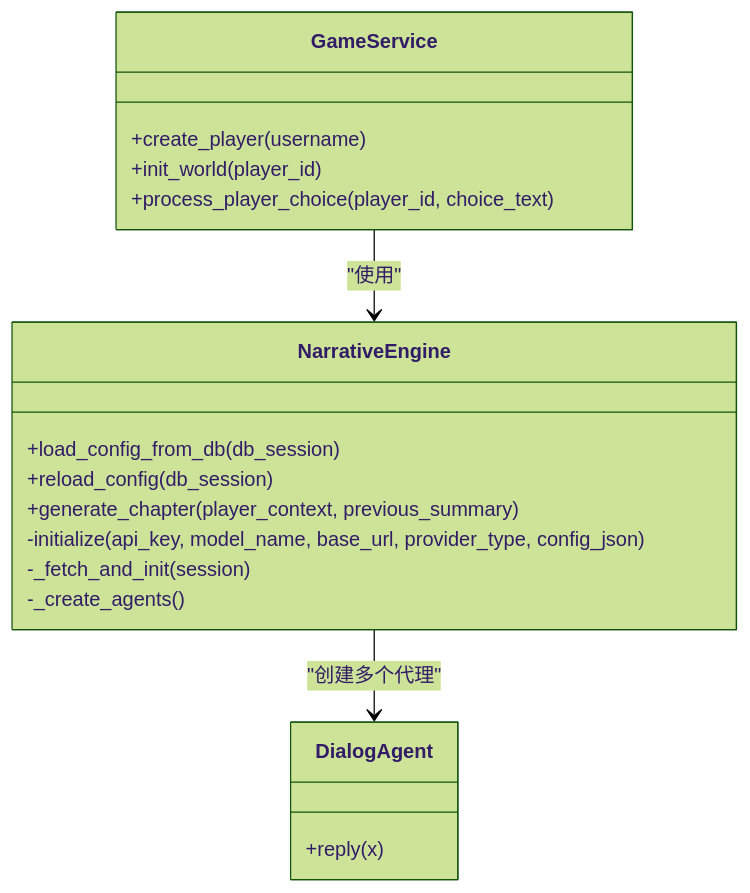
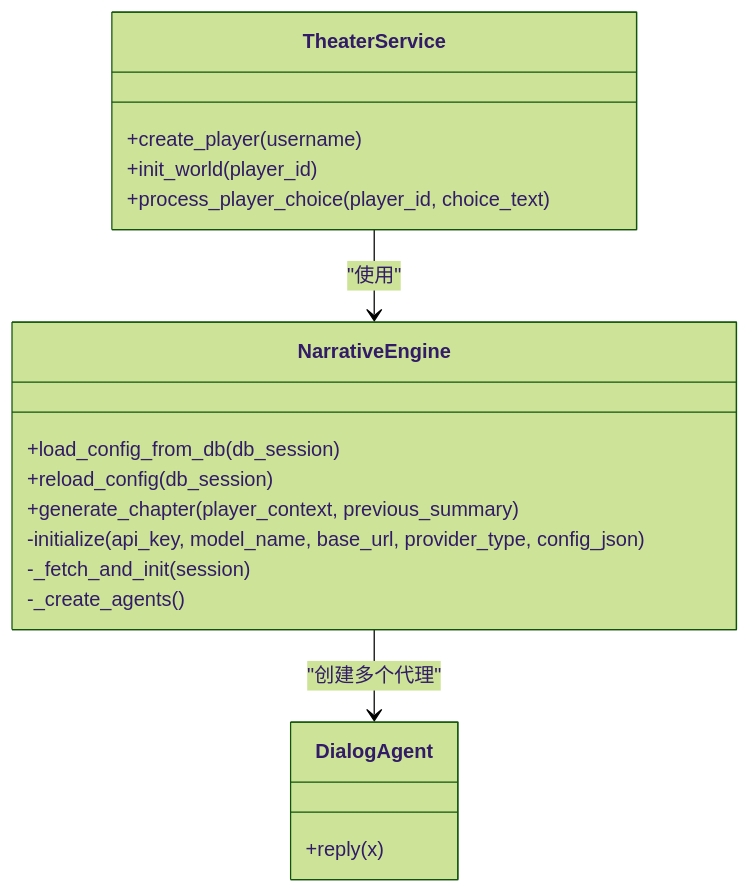
Before and after one commit to KunLabAI/KunFlix: the fourth of 8 diagrams in .qoder/repowiki/zh/content/系统架构/系统架构.md, drawn with Mermaid (forest theme). The commit also changed other lines of this file and 112 other files, not shown here.

````diff
--- a/.qoder/repowiki/zh/content/系统架构/系统架构.md
+++ b/.qoder/repowiki/zh/content/系统架构/系统架构.md
@@ -190,21 +190,21 @@
 ```mermaid
 classDiagram
-class GameService {
+class TheaterService {
 +create_player(username)
 +init_world(player_id)
 +process_player_choice(player_id, choice_text)
 }
 class NarrativeEngine {
 +load_config_from_db(db_session)
 +reload_config(db_session)
 +generate_chapter(player_context, previous_summary)
 -initialize(api_key, model_name, base_url, provider_type, config_json)
 -_fetch_and_init(session)
 -_create_agents()
 }
 class DialogAgent {
 +reply(x)
 }
-GameService --> NarrativeEngine : "使用"
+TheaterService --> NarrativeEngine : "使用"
 NarrativeEngine --> DialogAgent : "创建多个代理"
 ```
````
